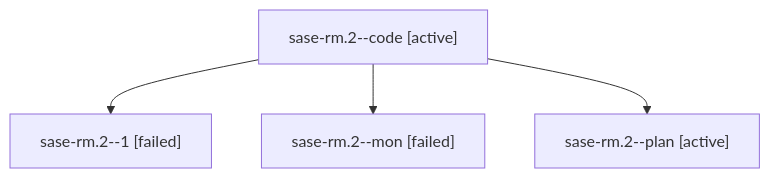
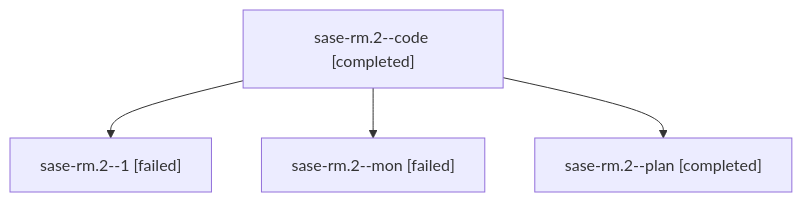
Before and after one commit to sase-org/sase--agents: the diagram in families/bbugyi200.athena.sase-rm.2.md, drawn with Mermaid. The commit also changed other lines of this file and 151 other files, not shown here.

````diff
--- a/families/bbugyi200.athena.sase-rm.2.md
+++ b/families/bbugyi200.athena.sase-rm.2.md
@@ -9,10 +9,10 @@
 ```mermaid
 flowchart TD
-  n0["sase-rm.2--code [active]"]
+  n0["sase-rm.2--code [completed]"]
   n1["sase-rm.2--1 [failed]"]
   n0 --> n1
   n2["sase-rm.2--mon [failed]"]
   n0 --> n2
-  n3["sase-rm.2--plan [active]"]
+  n3["sase-rm.2--plan [completed]"]
   n0 --> n3
 ```
````
